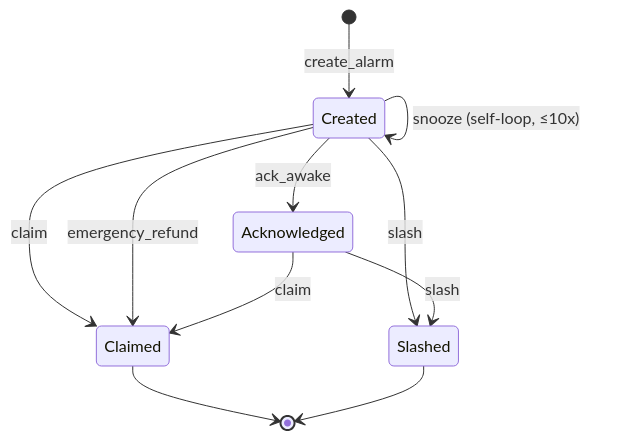
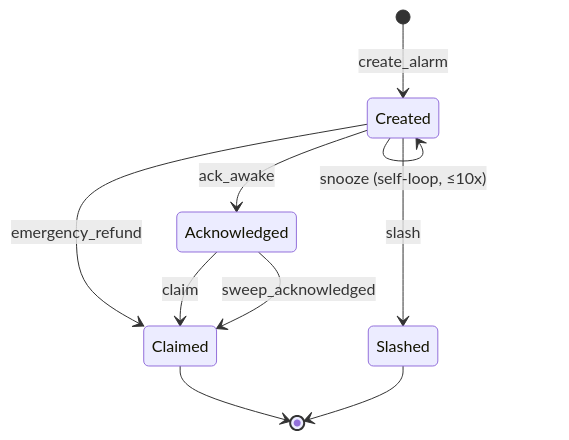
The diagram in programs/solarma_vault/docs/STATE_MACHINE.md (sapirl7/solarma), drawn with Mermaid before and after one commit. The commit also changed other lines of this file and 6 other files, not shown here.

````diff
--- a/programs/solarma_vault/docs/STATE_MACHINE.md
+++ b/programs/solarma_vault/docs/STATE_MACHINE.md
@@ -14,17 +14,16 @@
 ```mermaid
 stateDiagram-v2
     [*] --> Created: create_alarm
 
     Created --> Acknowledged: ack_awake
-    Created --> Claimed: claim
     Created --> Claimed: emergency_refund
     Created --> Slashed: slash
 
     Acknowledged --> Claimed: claim
-    Acknowledged --> Slashed: slash
+    Acknowledged --> Claimed: sweep_acknowledged
 
     Created --> Created: snooze (self-loop, ≤10x)
 
     Claimed --> [*]
     Slashed --> [*]
 ```
````
